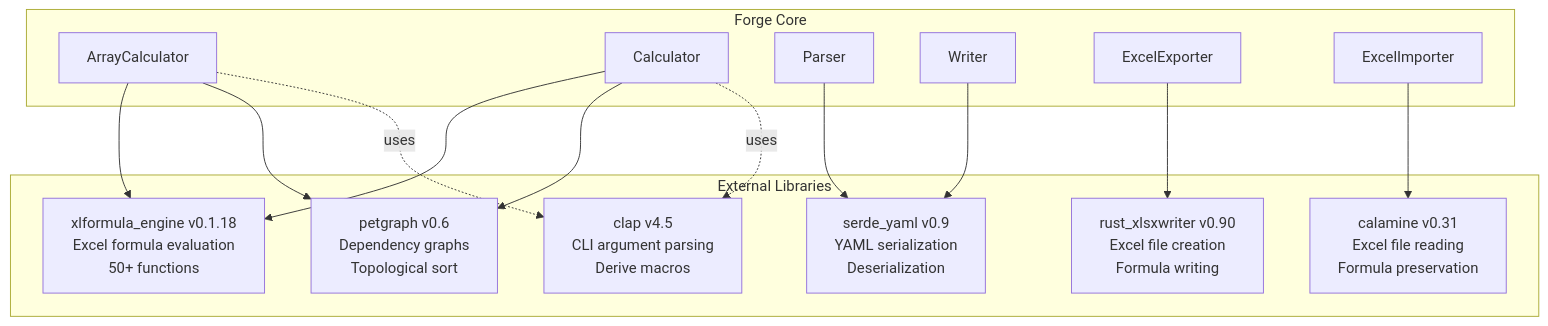
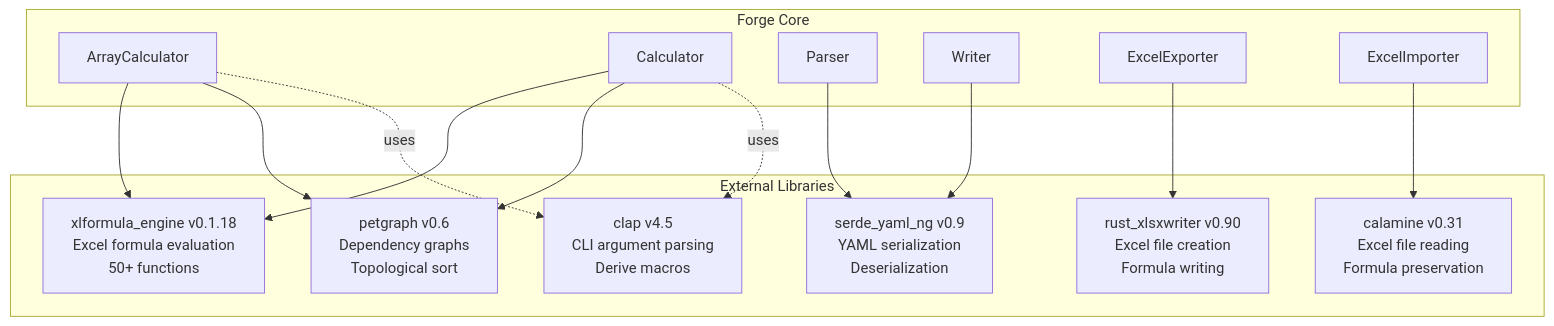
Diagram 12 of 12 in docs/architecture/01-COMPONENT-ARCHITECTURE.md (mollendorff-ai/forge), drawn with Mermaid before and after one commit. The commit also changed other lines of this file and 13 other files, not shown here.

First line of the commit message:
deps: migrate serde_yaml (deprecated) to serde_yaml_ng

````diff
--- a/docs/architecture/01-COMPONENT-ARCHITECTURE.md
+++ b/docs/architecture/01-COMPONENT-ARCHITECTURE.md
@@ -1620,31 +1620,31 @@
 ```mermaid
 graph TB
     subgraph "Forge Core"
         ArrayCalc["ArrayCalculator"]
         ScalarCalc["Calculator"]
         Parser["Parser"]
         Writer["Writer"]
         Exporter["ExcelExporter"]
         Importer["ExcelImporter"]
     end
 
     subgraph "External Libraries"
         XLFormula["xlformula_engine v0.1.18<br/>Excel formula evaluation<br/>50+ functions"]
         PetGraph["petgraph v0.6<br/>Dependency graphs<br/>Topological sort"]
-        SerdeYAML["serde_yaml v0.9<br/>YAML serialization<br/>Deserialization"]
+        SerdeYAML["serde_yaml_ng v0.9<br/>YAML serialization<br/>Deserialization"]
         RustXLSX["rust_xlsxwriter v0.90<br/>Excel file creation<br/>Formula writing"]
         Calamine["calamine v0.31<br/>Excel file reading<br/>Formula preservation"]
         Clap["clap v4.5<br/>CLI argument parsing<br/>Derive macros"]
     end
 
     ArrayCalc --> XLFormula
     ArrayCalc --> PetGraph
     ScalarCalc --> XLFormula
     ScalarCalc --> PetGraph
     Parser --> SerdeYAML
     Writer --> SerdeYAML
     Exporter --> RustXLSX
     Importer --> Calamine
     ArrayCalc -.->|uses| Clap
     ScalarCalc -.->|uses| Clap
 ```
````
